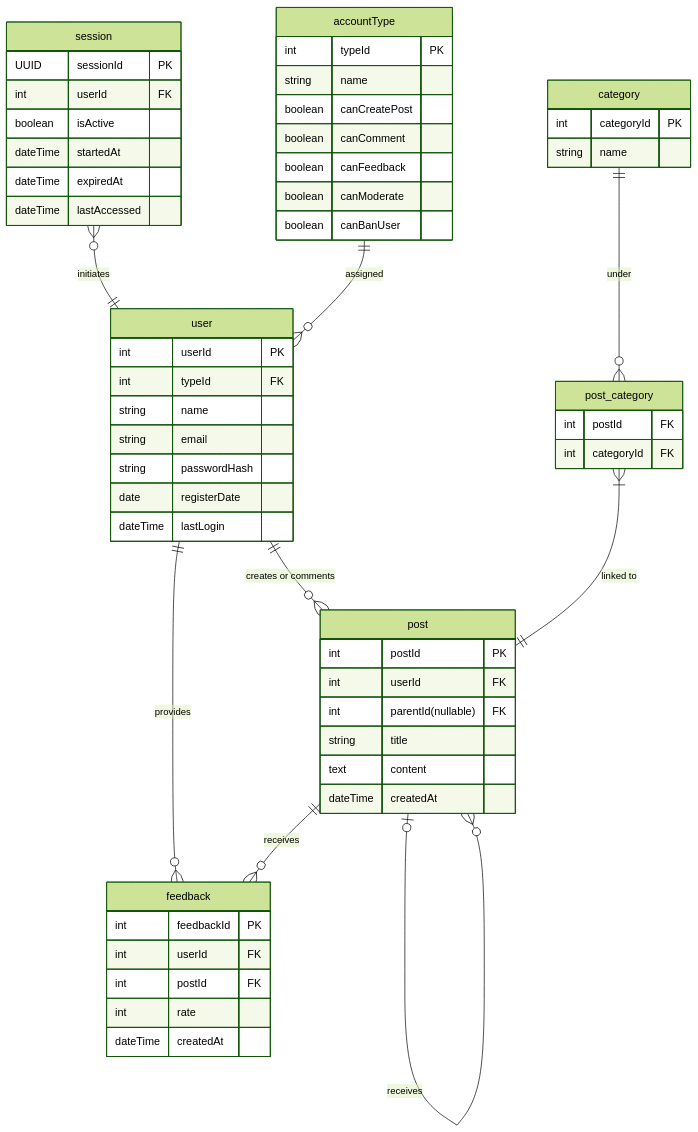
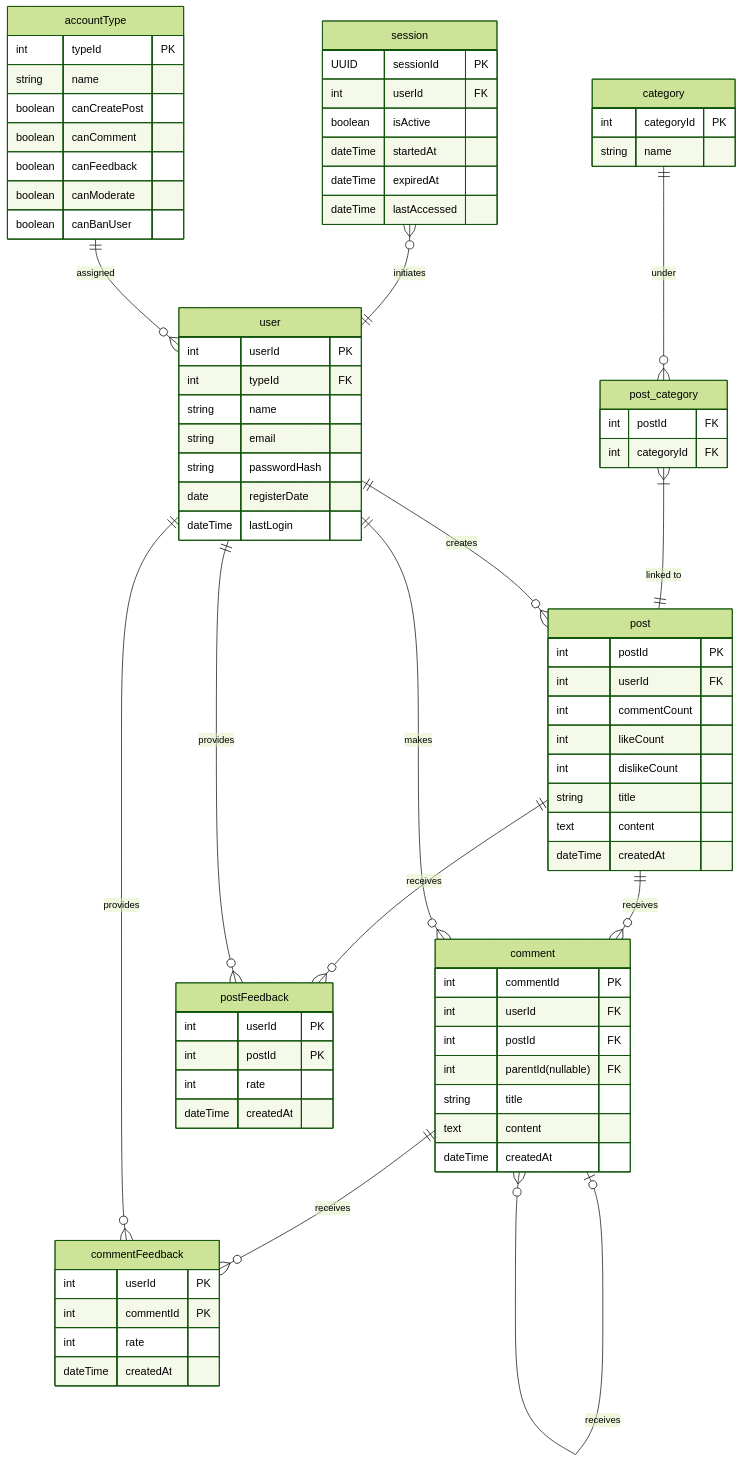
The diagram in README.md (AllenLeeyn/forum), drawn with Mermaid (forest theme) before and after one commit. The commit also changed other lines of this file, not shown here.

````diff
--- a/README.md
+++ b/README.md
@@ -30,5 +30,15 @@
 ```mermaid
 erDiagram
+    category{
+        int         categoryId PK
+        string      name
+    }
+
+    post_category{
+        int         postId FK
+        int         categoryId FK
+    }
+
     user{
         int         userId PK
         int         typeId FK
@@ -42,28 +52,36 @@
     post{
         int         postId PK
         int         userId FK
+        int         commentCount
+        int         likeCount
+        int         dislikeCount
+        string      title
+        text        content
+        dateTime    createdAt
+    }
+
+    comment{
+        int         commentId PK
+        int         userId FK
+        int         postId FK
         int         parentId(nullable) FK
         string      title
         text        content
         dateTime    createdAt
     }
 
-    feedback{
-        int         feedbackId PK
-        int         userId FK
-        int         postId FK
+    postFeedback{
+        int         userId PK
+        int         postId PK
         int         rate
         dateTime    createdAt
     }
- 
-    category{
-        int         categoryId PK
-        string      name
-    }
 
-    post_category{
-        int         postId FK
-        int         categoryId FK
+    commentFeedback{
+        int         userId PK
+        int         commentId PK
+        int         rate
+        dateTime    createdAt
     }
 
     accountType{
@@ -86,10 +104,14 @@
 
     session }o--|| user : "initiates"
     accountType ||--o{ user : "assigned"
-    user ||--o{ post : "creates or comments"
-    user ||--o{ feedback : "provides"
     category ||--o{ post_category : "under"
     post_category }|--|| post : "linked to"
-    post |o--o{ post : "receives"
-    post ||--o{ feedback : "receives"
+    user ||--o{ post : "creates"
+    post ||--o{ comment : "receives"
+    post ||--o{ postFeedback : "receives"
+    user ||--o{ comment : "makes"
+    comment |o--o{ comment : "receives"
+    comment ||--o{ commentFeedback : "receives"
+    user ||--o{ postFeedback : "provides"
+    user ||--o{ commentFeedback : "provides"
 ```
````
